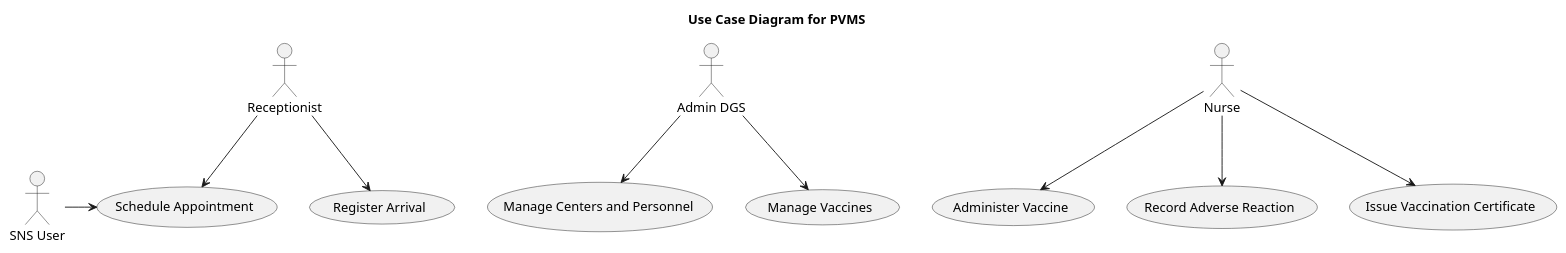
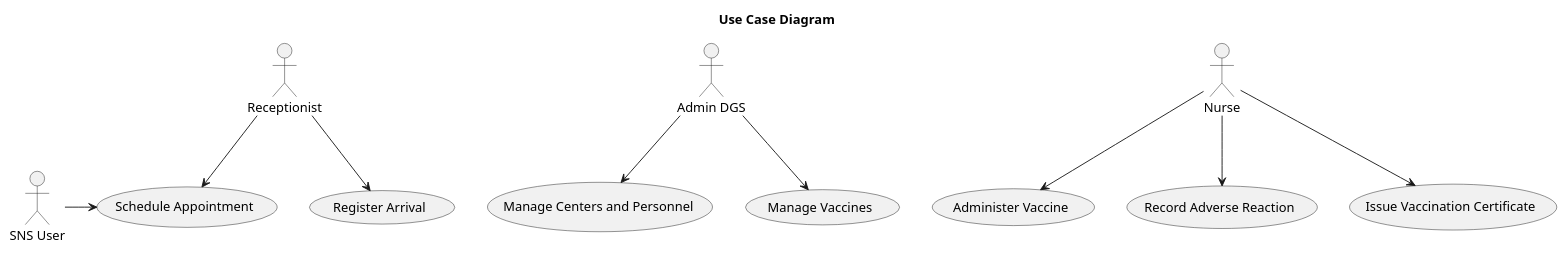
Before and after one commit to afonso51111/leti-esoft-25-26-A3: the diagram in docs/sprint1/puml/UCD.puml, drawn with PlantUML. The commit also changed 45 other files, not shown here.

```diff
--- a/docs/sprint1/puml/UCD.puml
+++ b/docs/sprint1/puml/UCD.puml
@@ -1,36 +1,36 @@
 @startuml
 'https://plantuml.com/use-case-diagram
 
-title Use Case Diagram for PVMS
+title Use Case Diagram
 
 
 :Admin DGS: as Admin
 :Nurse: as Nurse
 :Receptionist: as Receptionist
 :SNS User: as User
 
 
 
 (Schedule Appointment) as (Schedule)
 (Register Arrival) as (RegisterArrival)
 (Administer Vaccine) as (Vaccinate)
 (Record Adverse Reaction) as (RecordReaction)
 (Issue Vaccination Certificate) as (IssueCertificate)
 (Manage Centers and Personnel) as (ManageCenters)
 (Manage Vaccines) as (ManageVaccines)
 
 
 User -> (Schedule)
 
 Receptionist --> (RegisterArrival)
 Receptionist --> (Schedule)
 
 Nurse --> (Vaccinate)
 Nurse --> (RecordReaction)
 Nurse --> (IssueCertificate)
 
 Admin --> (ManageCenters)
 Admin --> (ManageVaccines)
 
 
 @enduml
```
